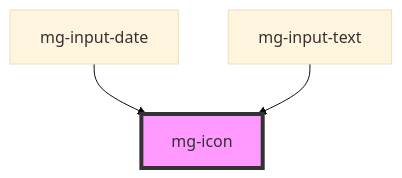
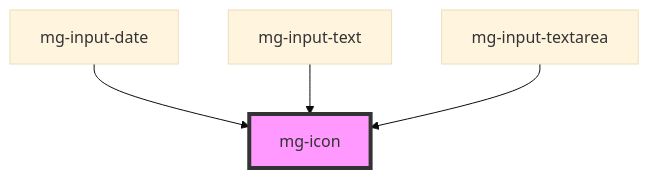
One commit to MGDIS/mg-components changed the diagram in src/components/atoms/mg-icon/readme.md. Above: the diagram before and after it, drawn with Mermaid (base theme). The commit also changed other lines of this file and 18 other files, not shown here.

````diff
--- a/src/components/atoms/mg-icon/readme.md
+++ b/src/components/atoms/mg-icon/readme.md
@@ -24,6 +25,7 @@
 ```mermaid
 graph TD;
   mg-input-date --> mg-icon
   mg-input-text --> mg-icon
+  mg-input-textarea --> mg-icon
   style mg-icon fill:#f9f,stroke:#333,stroke-width:4px
 ```
````
